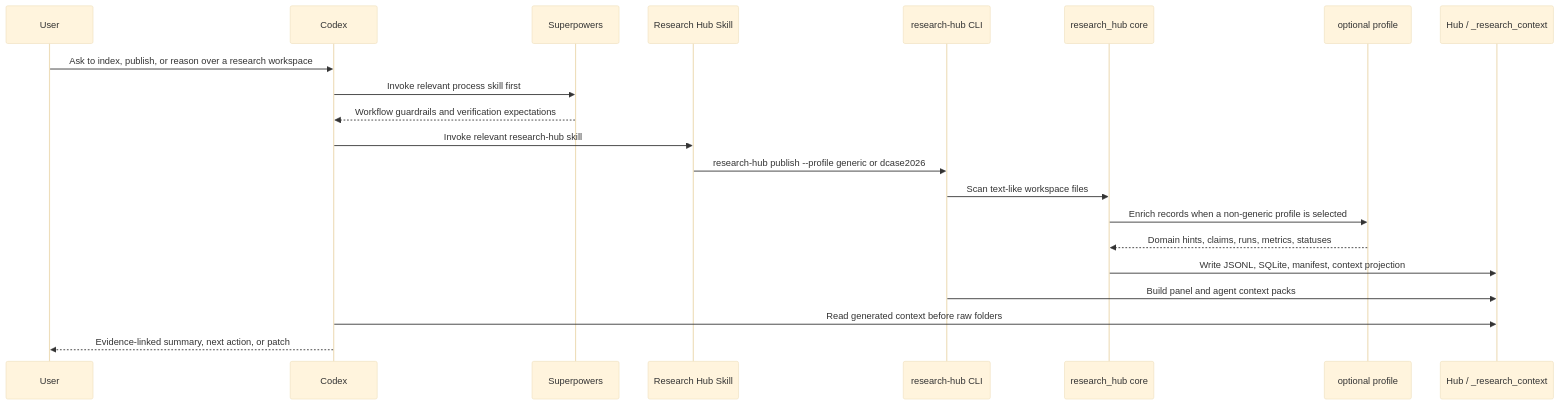
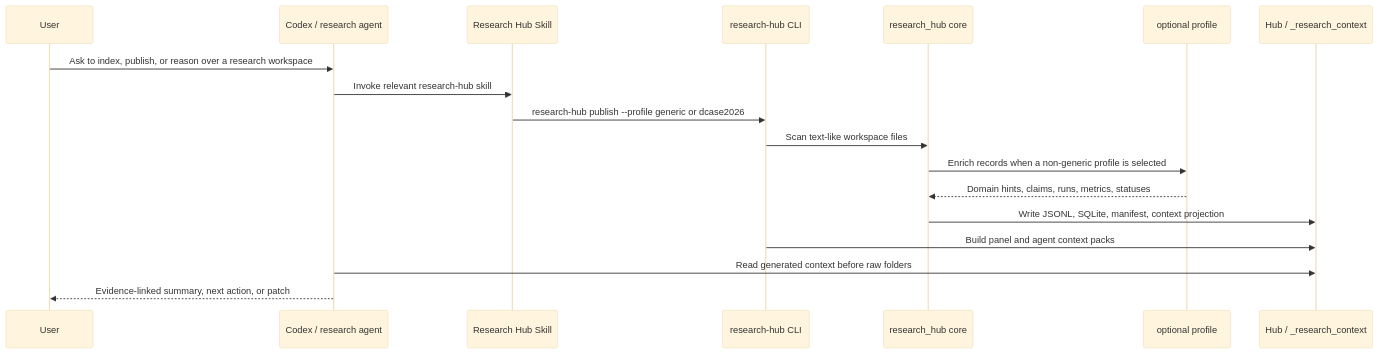
The second of 2 diagrams in docs/skill-map.md (UTurtle/research-hub-skills), drawn with Mermaid (base theme) before and after one commit. The commit also changed other lines of this file and 3 other files, not shown here.

Commit message:
Refocus skill map on research hub architecture

````diff
--- a/docs/skill-map.md
+++ b/docs/skill-map.md
@@ -82,24 +63,21 @@
 ```mermaid
 sequenceDiagram
     participant User
-    participant Codex
-    participant Superpowers
+    participant Agent as Codex / research agent
     participant Skill as Research Hub Skill
     participant CLI as research-hub CLI
     participant Core as research_hub core
     participant Profile as optional profile
     participant Hub as Hub / _research_context
 
-    User->>Codex: Ask to index, publish, or reason over a research workspace
-    Codex->>Superpowers: Invoke relevant process skill first
-    Superpowers-->>Codex: Workflow guardrails and verification expectations
-    Codex->>Skill: Invoke relevant research-hub skill
+    User->>Agent: Ask to index, publish, or reason over a research workspace
+    Agent->>Skill: Invoke relevant research-hub skill
     Skill->>CLI: research-hub publish --profile generic or dcase2026
     CLI->>Core: Scan text-like workspace files
     Core->>Profile: Enrich records when a non-generic profile is selected
     Profile-->>Core: Domain hints, claims, runs, metrics, statuses
     Core->>Hub: Write JSONL, SQLite, manifest, context projection
     CLI->>Hub: Build panel and agent context packs
-    Codex->>Hub: Read generated context before raw folders
-    Codex-->>User: Evidence-linked summary, next action, or patch
+    Agent->>Hub: Read generated context before raw folders
+    Agent-->>User: Evidence-linked summary, next action, or patch
 ```
````
